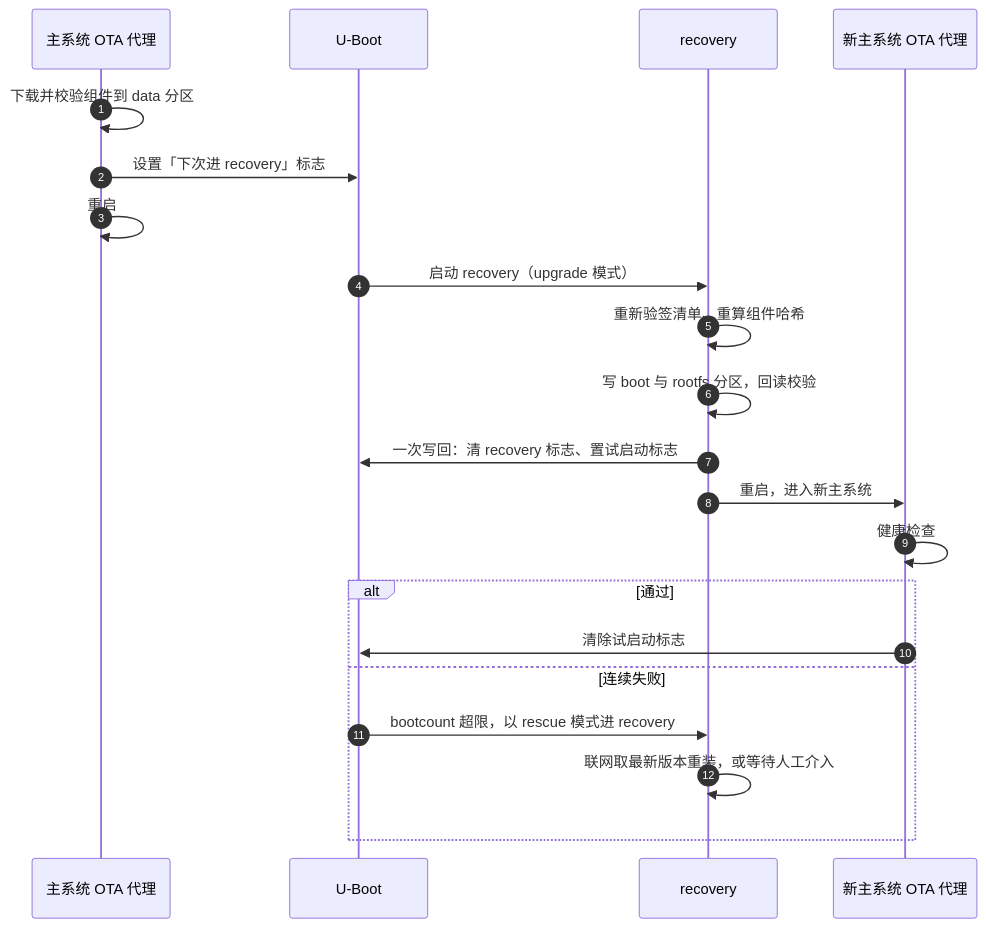
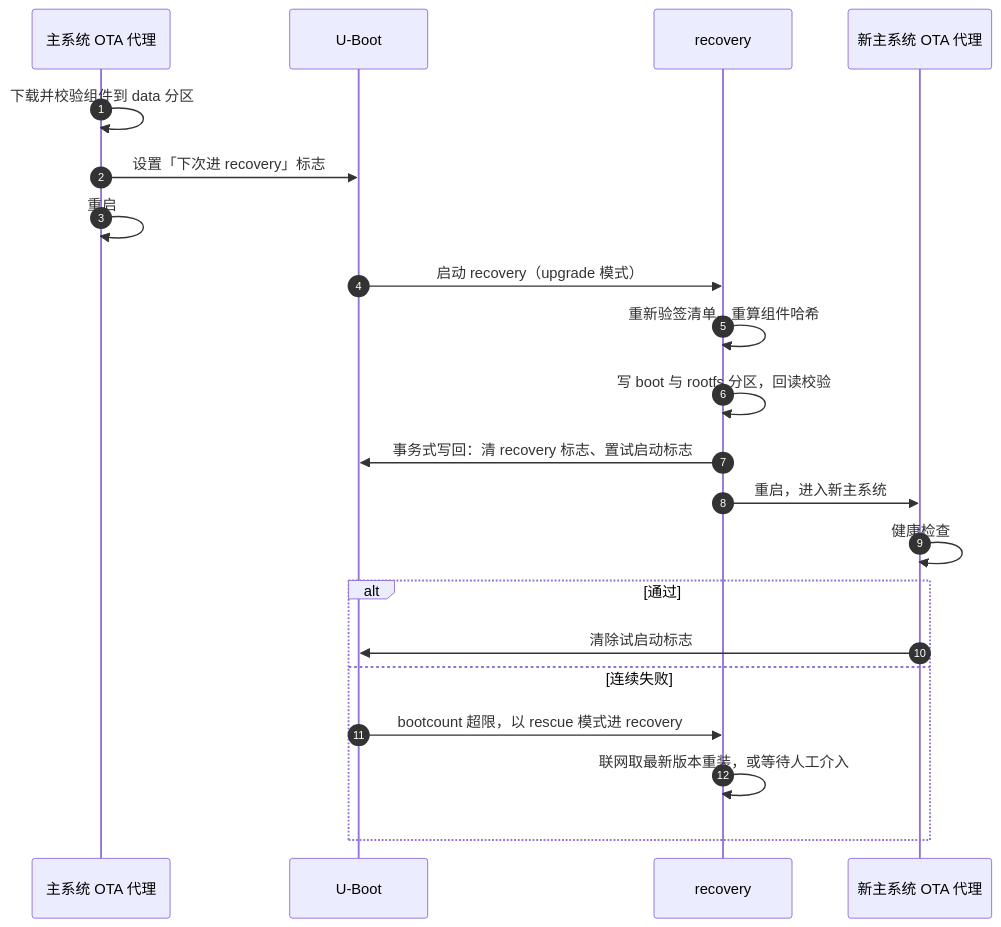
One commit to guoyulong1/horizon-ota changed the fourth of 4 diagrams in docs/OTA.md. Above: the diagram before and after it, drawn with Mermaid. The commit also changed other lines of this file, not shown here.

````diff
--- a/docs/OTA.md
+++ b/docs/OTA.md
@@ -729,23 +745,23 @@
 ```mermaid
 sequenceDiagram
     autonumber
     participant M as 主系统 OTA 代理
     participant U as U-Boot
     participant R as recovery
     participant N as 新主系统 OTA 代理
     M->>M: 下载并校验组件到 data 分区
     M->>U: 设置「下次进 recovery」标志
     M->>M: 重启
     U->>R: 启动 recovery（upgrade 模式）
     R->>R: 重新验签清单、重算组件哈希
     R->>R: 写 boot 与 rootfs 分区，回读校验
-    R->>U: 一次写回：清 recovery 标志、置试启动标志
+    R->>U: 事务式写回：清 recovery 标志、置试启动标志
     R->>N: 重启，进入新主系统
     N->>N: 健康检查
     alt 通过
         N->>U: 清除试启动标志
     else 连续失败
         U->>R: bootcount 超限，以 rescue 模式进 recovery
         R->>R: 联网取最新版本重装，或等待人工介入
     end
 ```
````
